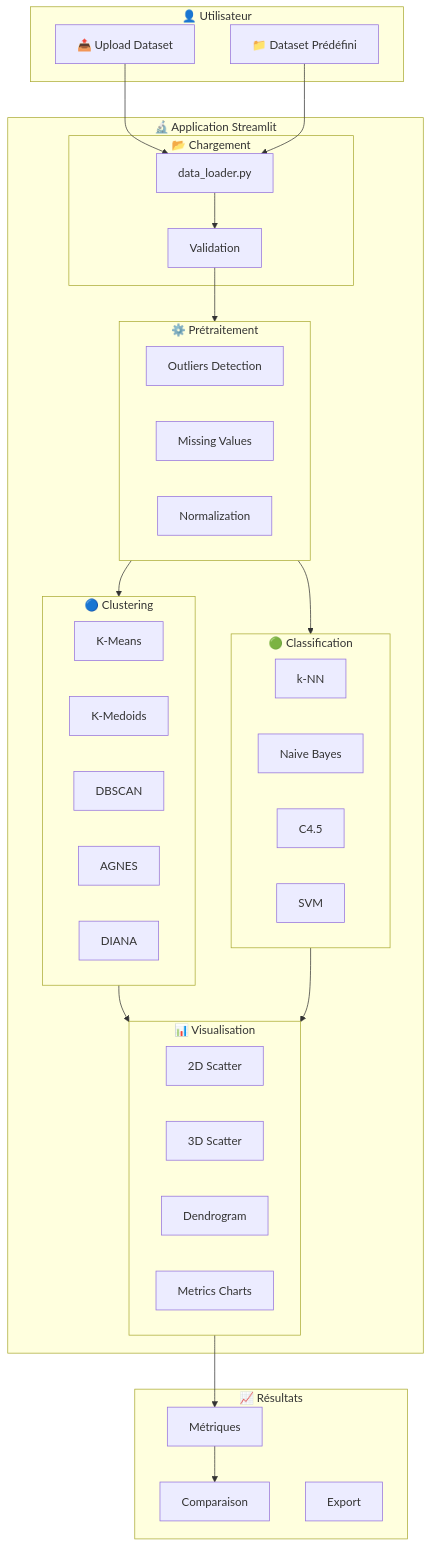
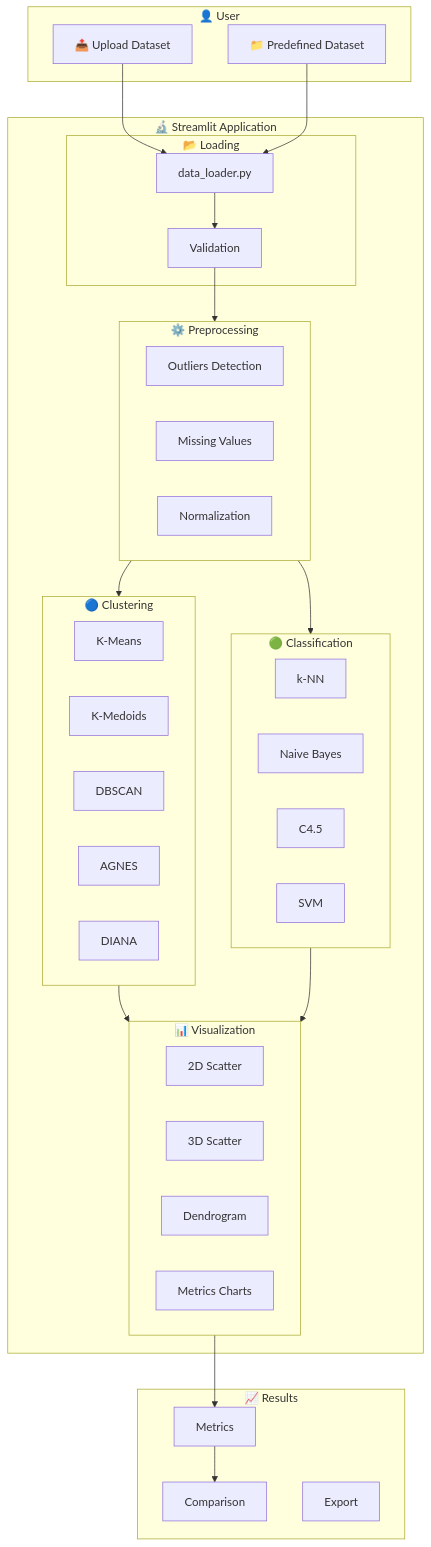
One commit to Noussour/dm-project changed the diagram in README.md. Above: the diagram before and after it, drawn with Mermaid. The commit also changed other lines of this file and 14 other files, not shown here.

````diff
--- a/README.md
+++ b/README.md
@@ -87,59 +87,59 @@
 ```mermaid
 flowchart TB
-    subgraph USER["👤 Utilisateur"]
+    subgraph USER["👤 User"]
         Upload["📤 Upload Dataset"]
-        Predefined["📁 Dataset Prédéfini"]
+        Predefined["📁 Predefined Dataset"]
     end
 
-    subgraph APP["🔬 Application Streamlit"]
-        subgraph LOAD["📂 Chargement"]
+    subgraph APP["🔬 Streamlit Application"]
+        subgraph LOAD["📂 Loading"]
             DataLoader["data_loader.py"]
             Validation["Validation"]
         end
 
-        subgraph PREPROCESS["⚙️ Prétraitement"]
+        subgraph PREPROCESS["⚙️ Preprocessing"]
             Outliers["Outliers Detection"]
             Missing["Missing Values"]
             Normalize["Normalization"]
         end
 
         subgraph CLUSTER["🔵 Clustering"]
             KMeans["K-Means"]
             KMedoids["K-Medoids"]
             DBSCAN["DBSCAN"]
             AGNES["AGNES"]
             DIANA["DIANA"]
         end
 
         subgraph CLASSIFY["🟢 Classification"]
             KNN["k-NN"]
             NaiveBayes["Naive Bayes"]
             C45["C4.5"]
             SVM["SVM"]
         end
 
-        subgraph VIZ["📊 Visualisation"]
+        subgraph VIZ["📊 Visualization"]
             Scatter2D["2D Scatter"]
             Scatter3D["3D Scatter"]
             Dendro["Dendrogram"]
             Charts["Metrics Charts"]
         end
     end
 
-    subgraph OUTPUT["📈 Résultats"]
-        Metrics["Métriques"]
-        Compare["Comparaison"]
+    subgraph OUTPUT["📈 Results"]
+        Metrics["Metrics"]
+        Compare["Comparison"]
         Export["Export"]
     end
 
     Upload --> DataLoader
     Predefined --> DataLoader
     DataLoader --> Validation
     Validation --> PREPROCESS
     PREPROCESS --> CLUSTER
     PREPROCESS --> CLASSIFY
     CLUSTER --> VIZ
     CLASSIFY --> VIZ
     VIZ --> Metrics
     Metrics --> Compare
 ```
````
